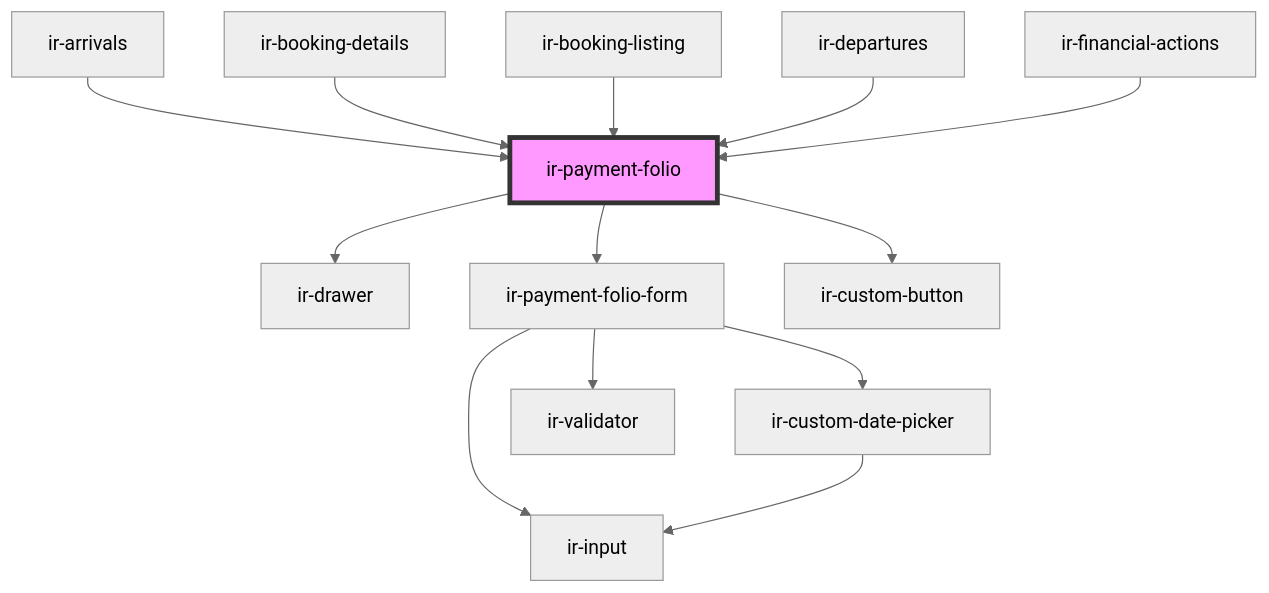
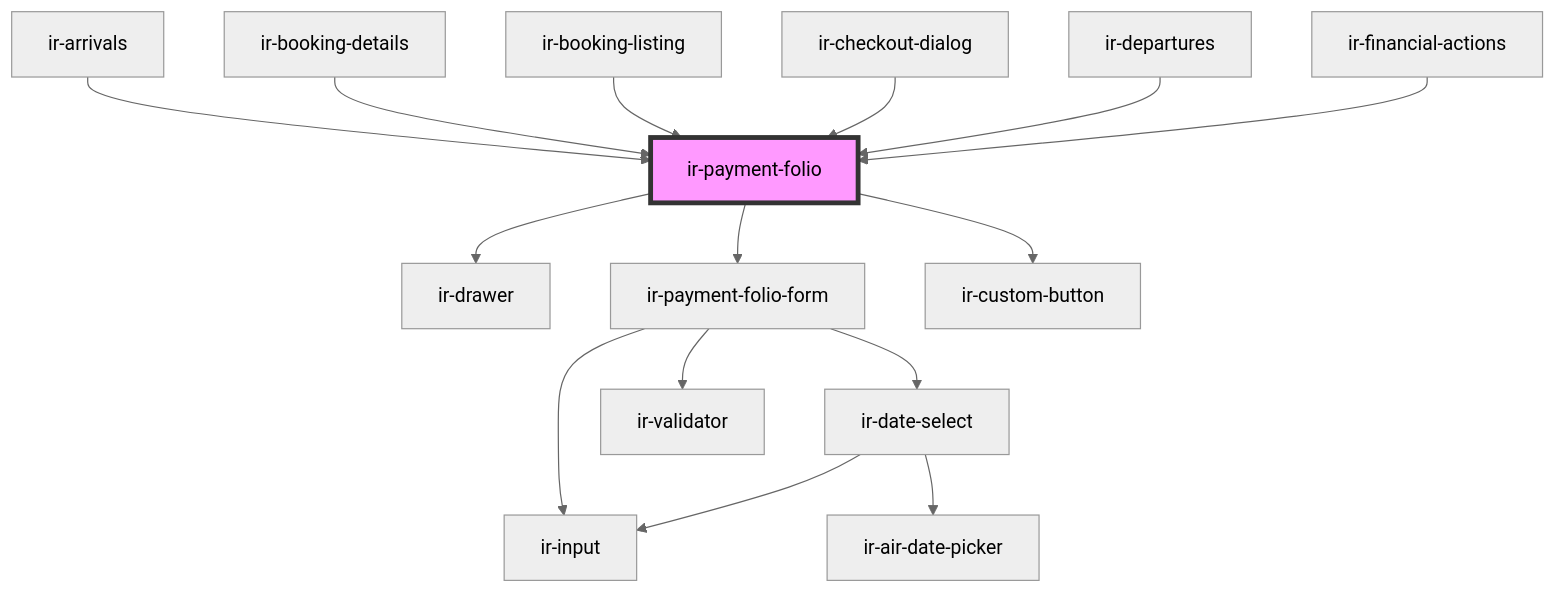
One commit to RonyRizk/ir-webcmp changed the diagram in src/components/ir-booking-details/ir-payment-details/ir-payment-folio/readme.md. Above: the diagram before and after it, drawn with Mermaid (neutral theme). The commit also changed other lines of this file and 586 other files, not shown here.

````diff
--- a/src/components/ir-booking-details/ir-payment-details/ir-payment-folio/readme.md
+++ b/src/components/ir-booking-details/ir-payment-details/ir-payment-folio/readme.md
@@ -69,16 +69,18 @@
 ```mermaid
 graph TD;
   ir-payment-folio --> ir-drawer
   ir-payment-folio --> ir-payment-folio-form
   ir-payment-folio --> ir-custom-button
-  ir-payment-folio-form --> ir-custom-date-picker
+  ir-payment-folio-form --> ir-date-select
   ir-payment-folio-form --> ir-validator
   ir-payment-folio-form --> ir-input
-  ir-custom-date-picker --> ir-input
+  ir-date-select --> ir-input
+  ir-date-select --> ir-air-date-picker
   ir-arrivals --> ir-payment-folio
   ir-booking-details --> ir-payment-folio
   ir-booking-listing --> ir-payment-folio
+  ir-checkout-dialog --> ir-payment-folio
   ir-departures --> ir-payment-folio
   ir-financial-actions --> ir-payment-folio
   style ir-payment-folio fill:#f9f,stroke:#333,stroke-width:4px
 ```
````
